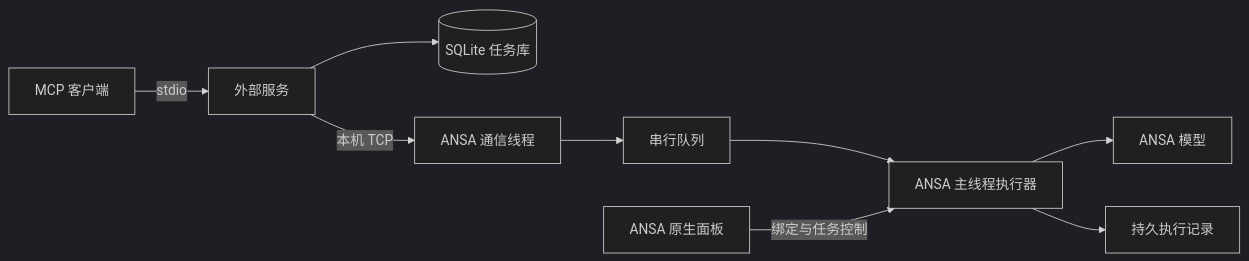
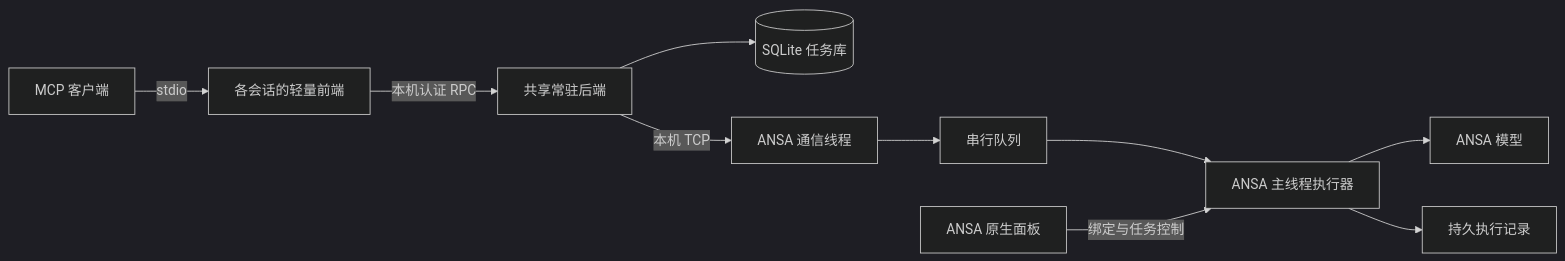
One commit to Huangcsu/ansa-mcp-plugin changed the diagram in docs/architecture.md. Above: the diagram before and after it, drawn with Mermaid (dark theme). The commit also changed other lines of this file and 36 other files, not shown here.

````diff
--- a/docs/architecture.md
+++ b/docs/architecture.md
@@ -7,11 +7,12 @@
 ```mermaid
 flowchart LR
-    Client[MCP 客户端] -->|stdio| Backend[外部服务]
+    Client[MCP 客户端] -->|stdio| Frontend[各会话的轻量前端]
+    Frontend -->|本机认证 RPC| Backend[共享常驻后端]
     Backend --> Store[(SQLite 任务库)]
     Backend -->|本机 TCP| Transport[ANSA 通信线程]
     Transport --> Queue[串行队列]
     Queue --> Main[ANSA 主线程执行器]
     Main --> Model[ANSA 模型]
     Main --> Journal[持久执行记录]
     Panel[ANSA 原生面板] -->|绑定与任务控制| Main
 ```
````
